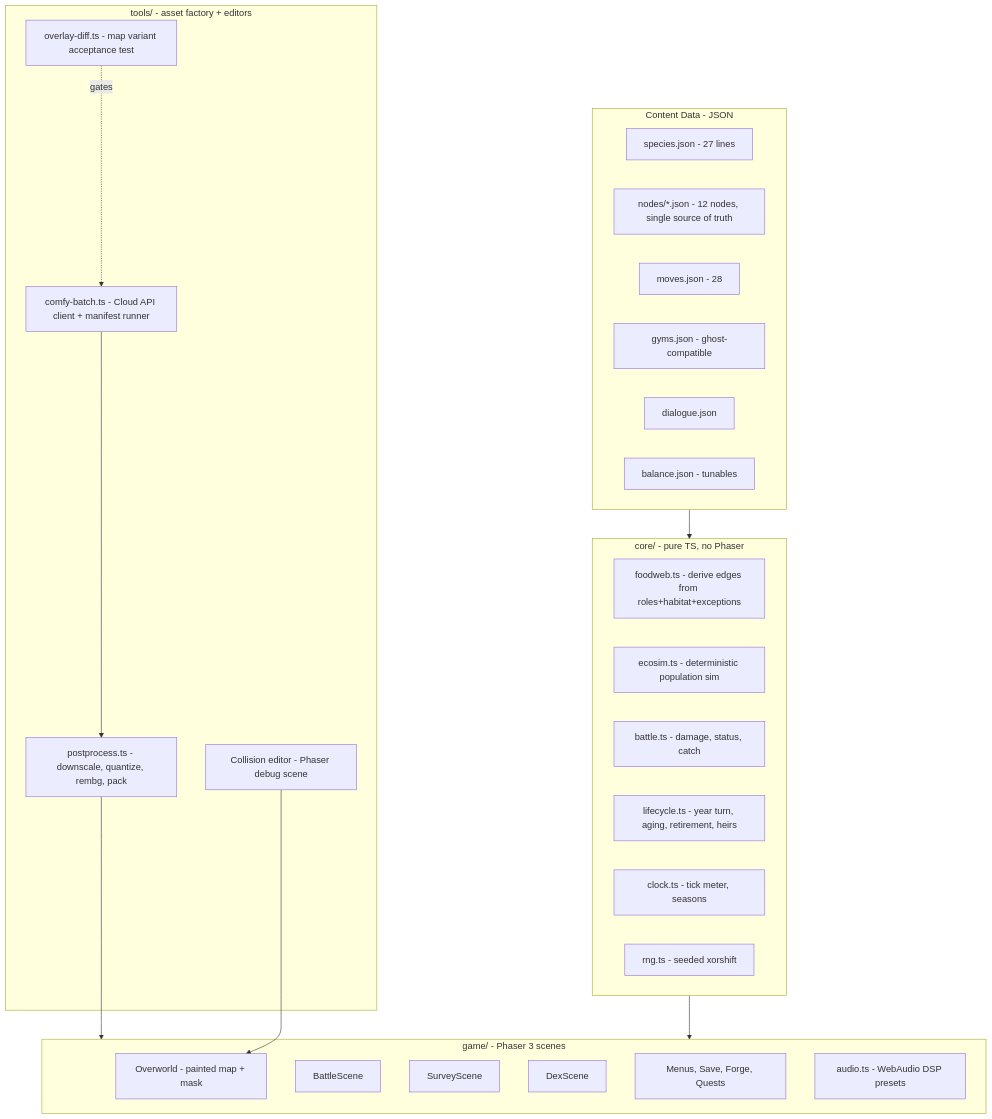
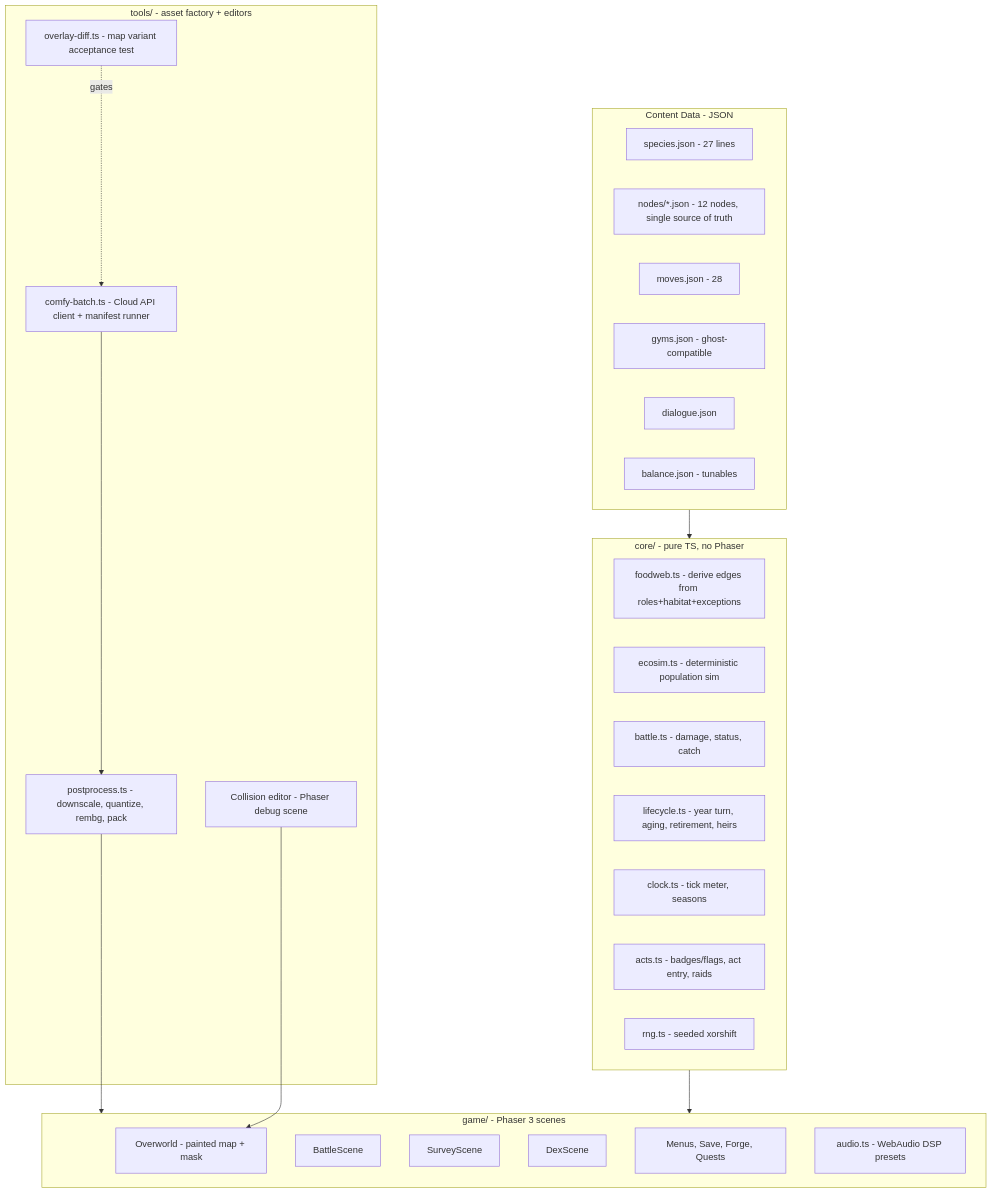
One commit to HankH18/trophic changed the diagram in docs/build-doc.md. Above: the diagram before and after it, drawn with Mermaid. The commit also changed other lines of this file and 139 other files, not shown here.

````diff
--- a/docs/build-doc.md
+++ b/docs/build-doc.md
@@ -56,37 +62,38 @@
 ```mermaid
 graph TD
   subgraph data [Content Data - JSON]
     SP[species.json - 27 lines]
     ND[nodes/*.json - 12 nodes, single source of truth]
     MV[moves.json - 28]
     GY[gyms.json - ghost-compatible]
     DLG[dialogue.json]
     CFG[balance.json - tunables]
   end
   subgraph core [core/ - pure TS, no Phaser]
     WEB[foodweb.ts - derive edges from roles+habitat+exceptions]
     SIM[ecosim.ts - deterministic population sim]
     BAT[battle.ts - damage, status, catch]
     AGE[lifecycle.ts - year turn, aging, retirement, heirs]
     CLK[clock.ts - tick meter, seasons]
+    ACT[acts.ts - badges/flags, act entry, raids]
     RNG[rng.ts - seeded xorshift]
   end
   subgraph game [game/ - Phaser 3 scenes]
     OW[Overworld - painted map + mask]
     BT[BattleScene]
     LG[SurveyScene]
     DX[DexScene]
     UI[Menus, Save, Forge, Quests]
     AUD[audio.ts - WebAudio DSP presets]
   end
   subgraph factory [tools/ - asset factory + editors]
     AF[comfy-batch.ts - Cloud API client + manifest runner]
     PP[postprocess.ts - downscale, quantize, rembg, pack]
     CE[Collision editor - Phaser debug scene]
     OD[overlay-diff.ts - map variant acceptance test]
   end
   data --> core --> game
   AF --> PP --> game
   CE --> OW
   OD -.gates.-> AF
 ```
````
